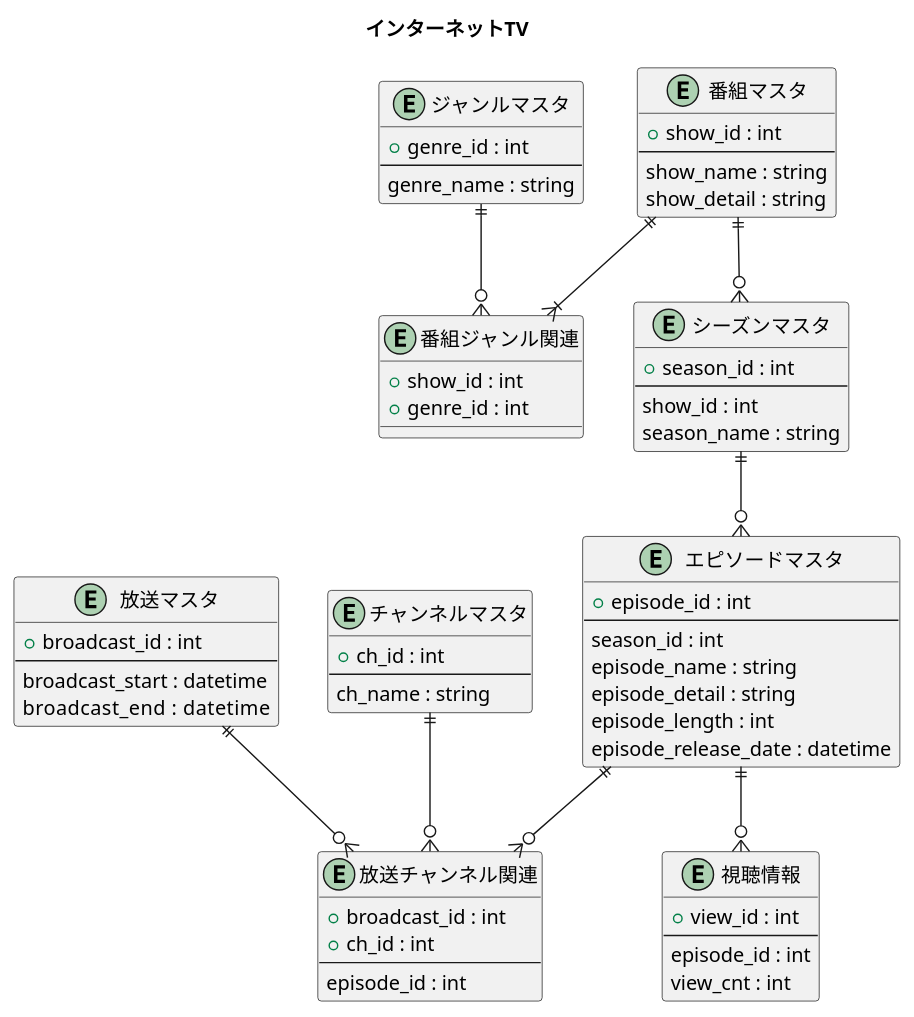
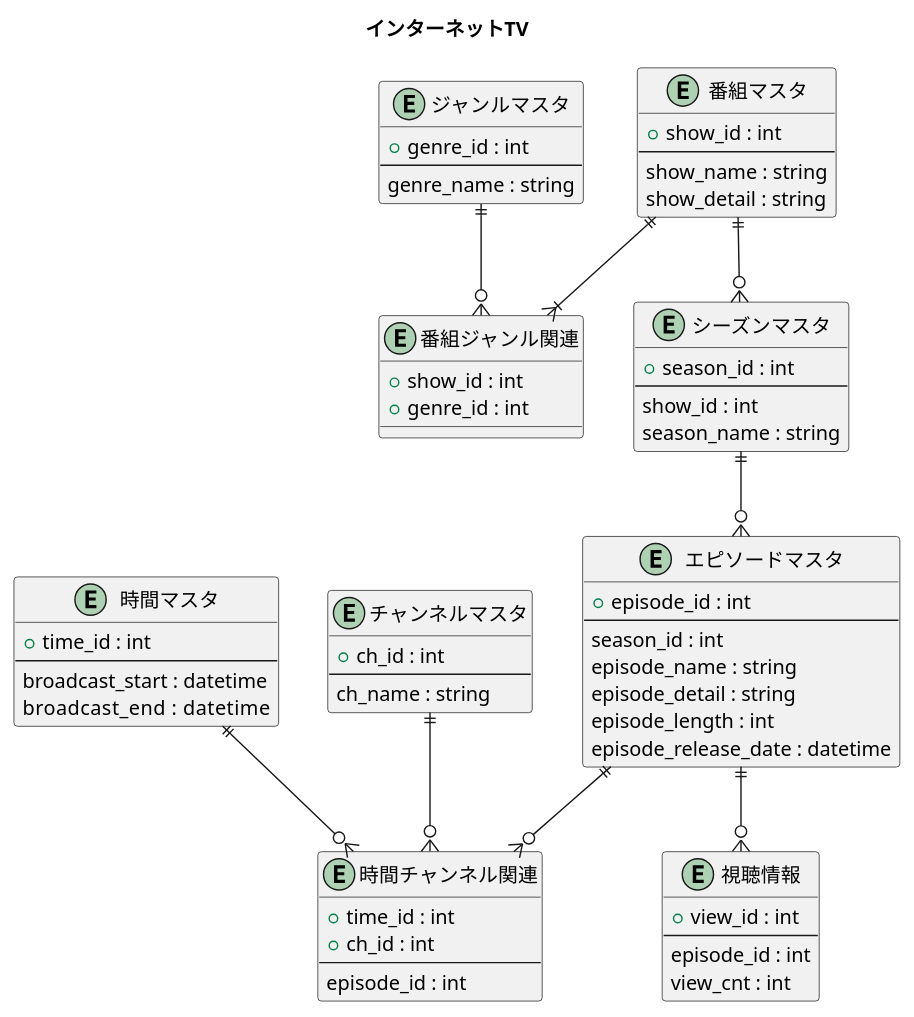
Before and after one commit to ryuseim1115/apprentice-term2: the diagram in internet_tv_er.pu, drawn with PlantUML. The commit also changed 7 other files, not shown here.

```diff
--- a/internet_tv_er.pu
+++ b/internet_tv_er.pu
@@ -1,93 +1,93 @@
 @startuml TERM2
 title インターネットTV
 
 ' ====================
 ' 番組・ジャンル系
 ' ====================
 entity "番組マスタ" as show_master {
     + show_id : int
     --
     show_name : string
     show_detail : string  
 }
 
 entity "ジャンルマスタ" as genre_master{
     + genre_id : int
     --
     genre_name : string
 }
 
 entity "番組ジャンル関連" as show_genre {
     + show_id : int
     + genre_id : int
 }
 
 ' ====================
 ' シーズン・エピソード系
 ' ====================
 entity "シーズンマスタ" as season_master {
     + season_id : int
     --
     show_id : int
     season_name : string
 }
 
 entity "エピソードマスタ" as episode_master{
     + episode_id : int
     --
     season_id : int
     episode_name : string
     episode_detail : string
     episode_length : int
     episode_release_date : datetime
 }
 
 ' ====================
-' 放送・チャンネル系
+' 時間・チャンネル系
 ' ====================
-entity "放送マスタ" as broadcast_master {
-    + broadcast_id : int
+entity "時間マスタ" as time_master {
+    + time_id : int
     --
     broadcast_start : datetime
     broadcast_end   : datetime
 }
 
 entity "チャンネルマスタ" as ch_master {
     + ch_id : int
     --
     ch_name : string
 }
 
-entity "放送チャンネル関連" as broadcast_ch{
-    + broadcast_id : int
+entity "時間チャンネル関連" as broadcast_ch{
+    + time_id : int
     + ch_id : int
     --
     episode_id : int
 }
 
 ' ====================
 ' 視聴実績系
 ' ====================
 entity "視聴情報" as view_info {
    + view_id : int
    --
    episode_id : int
    view_cnt : int
 }
 
 ' ====================
 ' リレーション
 ' ====================
 show_master   ||--o{ season_master
 season_master||--o{ episode_master
 
 episode_master ||--o{ broadcast_ch
-broadcast_master ||--o{ broadcast_ch
+time_master ||--o{ broadcast_ch
 ch_master ||--o{ broadcast_ch
 
 episode_master ||--o{ view_info
 
 show_master ||--|{ show_genre
 genre_master ||--o{ show_genre
 
 @enduml
```
